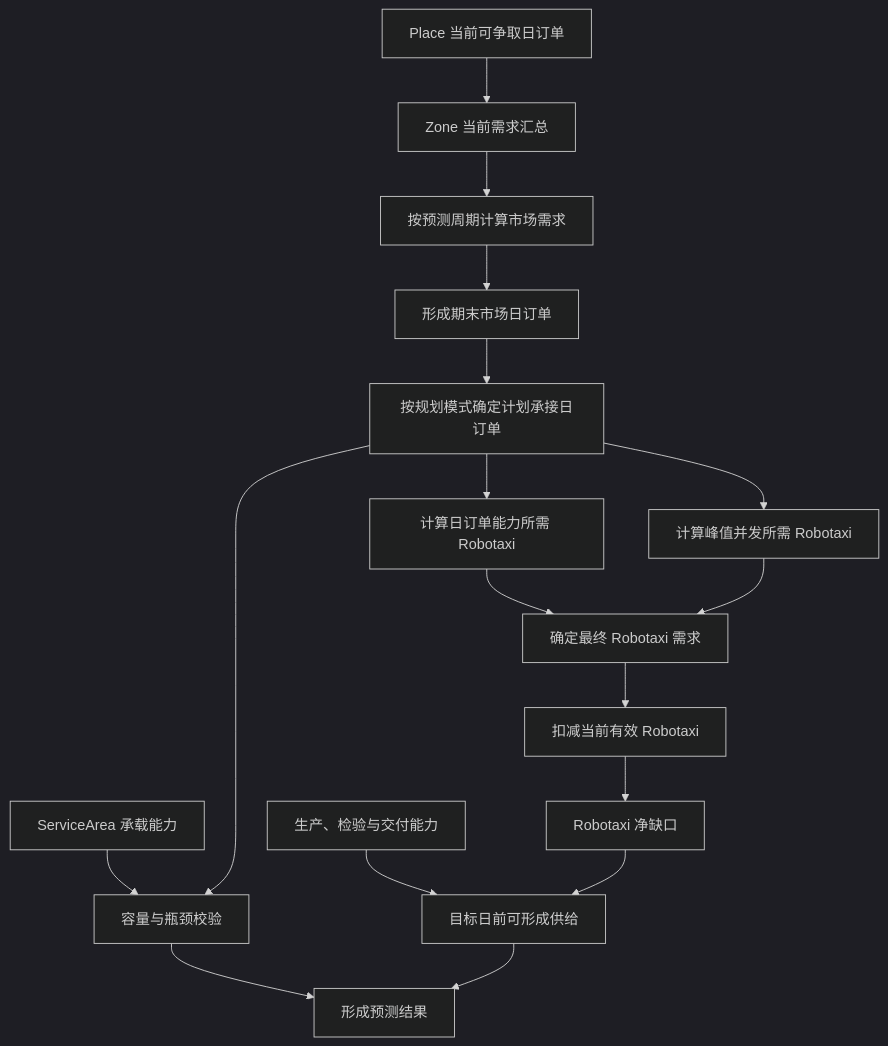
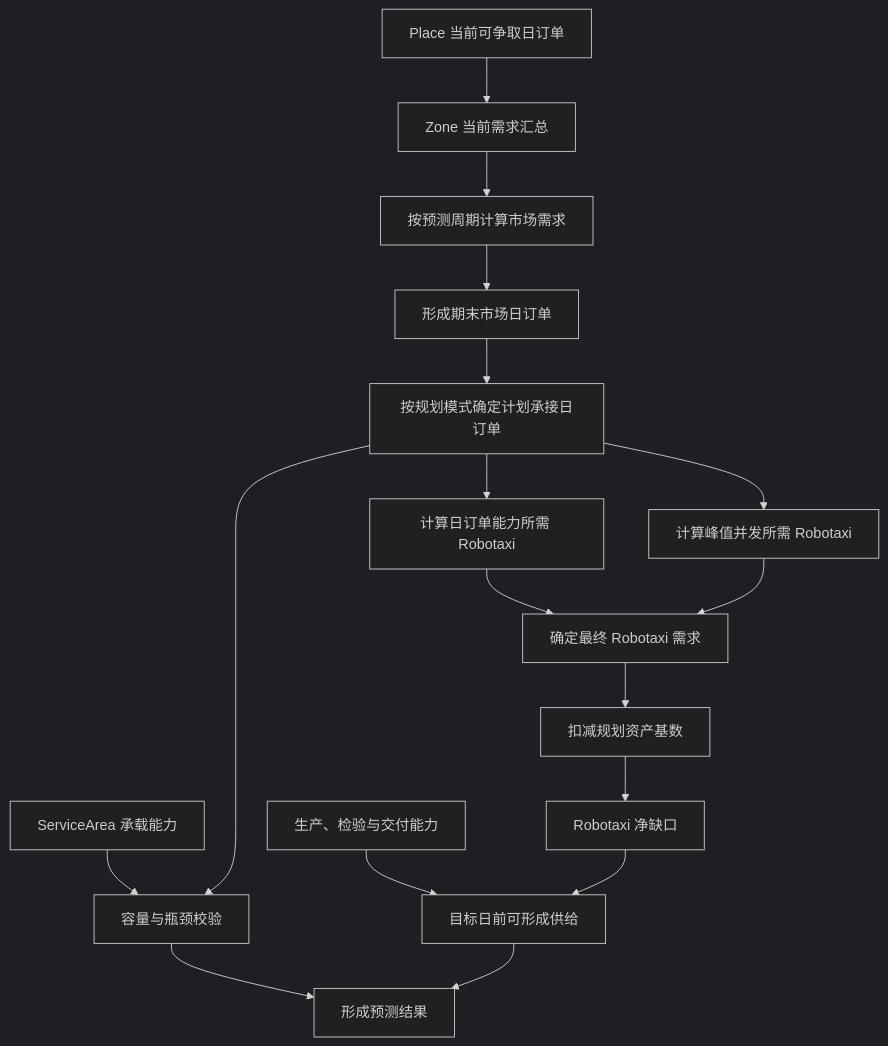
One commit to Chizheng4/robotaxi changed the second of 2 diagrams in doc/00-business-planning/04-long-term-demand-forecast-strategy.md. Above: the diagram before and after it, drawn with Mermaid (dark theme). The commit also changed other lines of this file and 17 other files, not shown here.

````diff
--- a/doc/00-business-planning/04-long-term-demand-forecast-strategy.md
+++ b/doc/00-business-planning/04-long-term-demand-forecast-strategy.md
@@ -60,19 +60,19 @@
 ```mermaid
 flowchart TD
   A["Place 当前可争取日订单"] --> B["Zone 当前需求汇总"]
   B --> C["按预测周期计算市场需求"]
   C --> D["形成期末市场日订单"]
   D --> E["按规划模式确定计划承接日订单"]
   E --> F["计算日订单能力所需 Robotaxi"]
   E --> G["计算峰值并发所需 Robotaxi"]
   F --> H["确定最终 Robotaxi 需求"]
   G --> H
   I["ServiceArea 承载能力"] --> J["容量与瓶颈校验"]
   E --> J
-  H --> K["扣减当前有效 Robotaxi"]
+  H --> K["扣减规划资产基数"]
   K --> L["Robotaxi 净缺口"]
   M["生产、检验与交付能力"] --> N["目标日前可形成供给"]
   L --> N
   J --> O["形成预测结果"]
   N --> O
 ```
````
